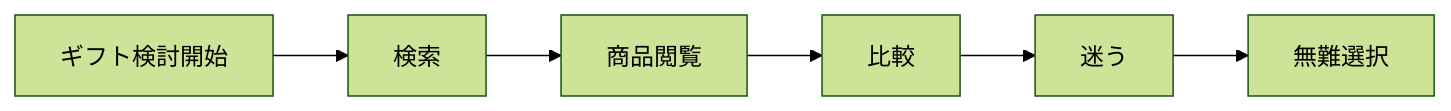
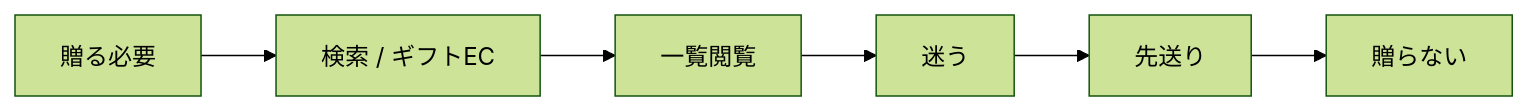
One commit to ryo-chan-k6/GiftRecommendAPP_MVP_CYCLE_3 changed the first of 2 diagrams in docs/01_事業構想/ターゲット定義書.md. Above: the diagram before and after it, drawn with Mermaid (forest theme). The commit also changed other lines of this file and 8 other files, not shown here.

````diff
--- a/docs/01_事業構想/ターゲット定義書.md
+++ b/docs/01_事業構想/ターゲット定義書.md
@@ -81,8 +114,8 @@
 ```mermaid
 flowchart LR
-    A[ギフト検討開始] --> B[検索]
-    B --> C[商品閲覧]
-    C --> D[比較]
-    D --> E[迷う]
-    E --> F[無難選択]
+    A[贈る必要] --> B[検索 / ギフトEC]
+    B --> C[一覧閲覧]
+    C --> D[迷う]
+    D --> E[先送り]
+    E --> F[贈らない]
 ```
````
